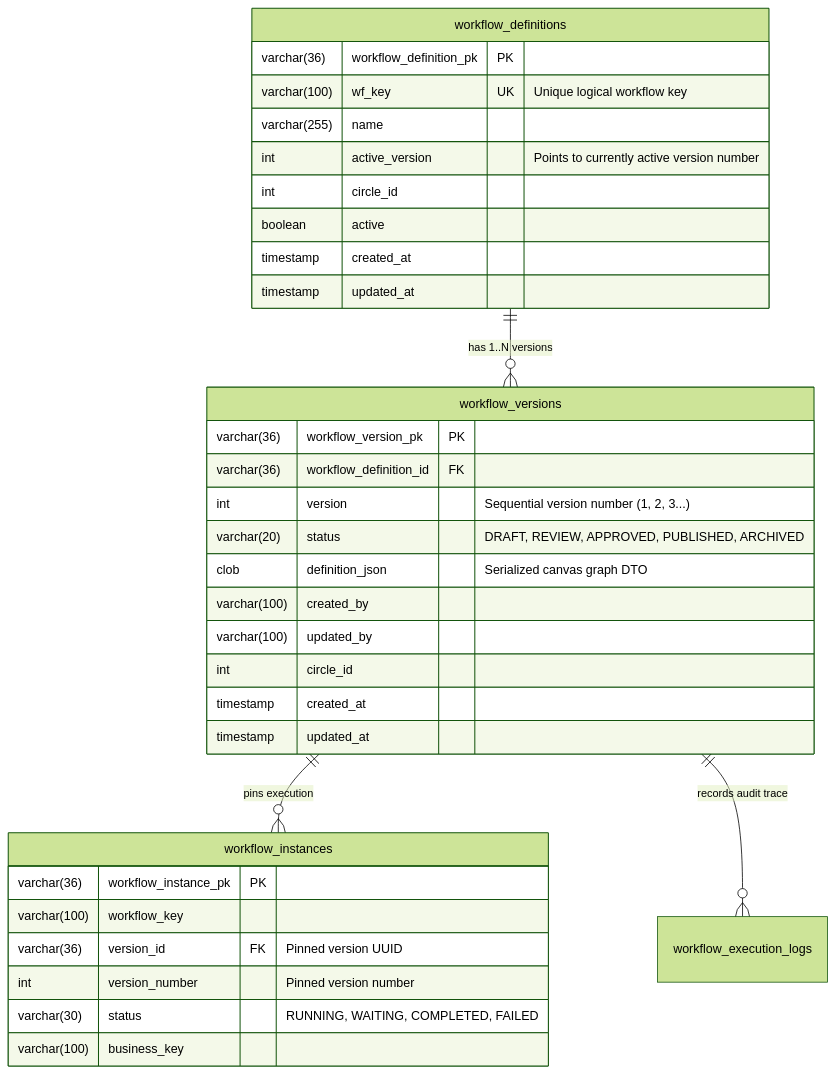
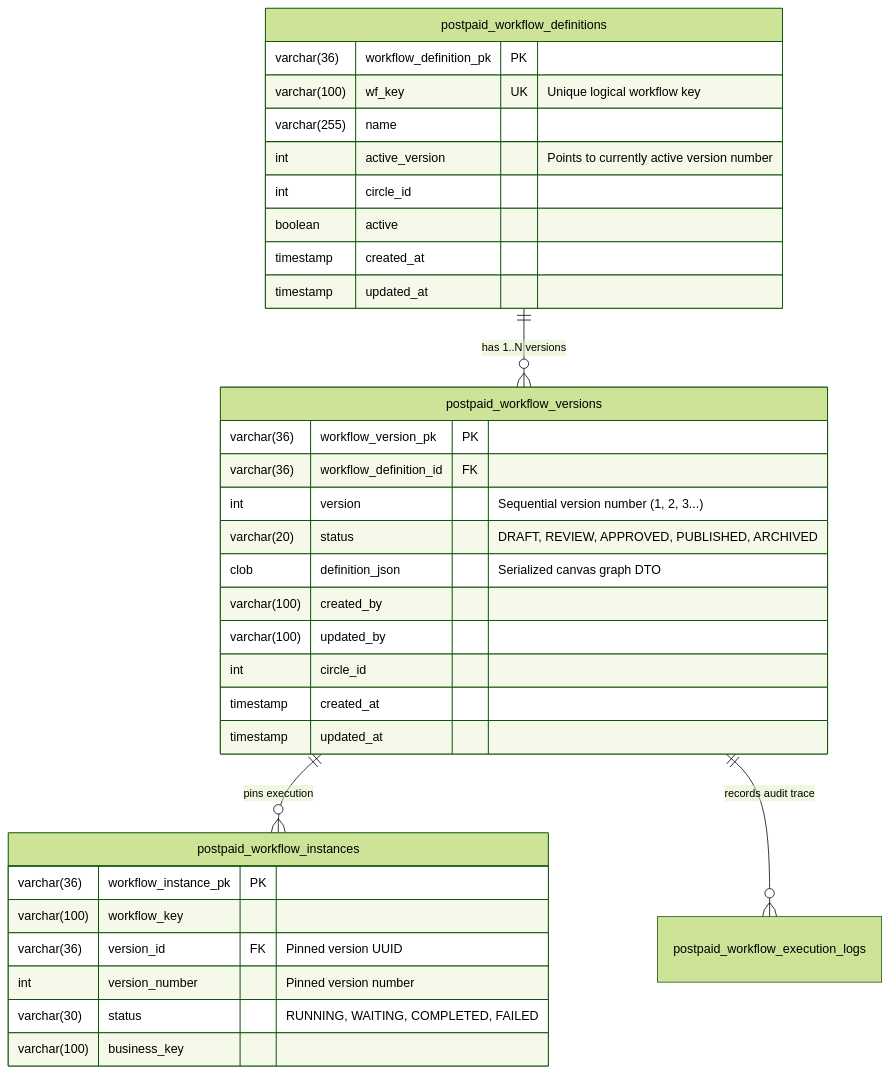
The first of 5 diagrams in workflow-version-management-guide.md (Alcatrez97/atlast_code), drawn with Mermaid (forest theme) before and after one commit. The commit also changed other lines of this file and 21 other files, not shown here.

Commit message:
feat(db): rename workflow tables to postpaid_workflow_ prefix, update DDL and verification scripts

````diff
--- a/workflow-version-management-guide.md
+++ b/workflow-version-management-guide.md
@@ -16,39 +16,39 @@
 ```mermaid
 erDiagram
-    workflow_definitions ||--o{ workflow_versions : "has 1..N versions"
-    workflow_versions ||--o{ workflow_instances : "pins execution"
-    workflow_versions ||--o{ workflow_execution_logs : "records audit trace"
+    postpaid_workflow_definitions ||--o{ postpaid_workflow_versions : "has 1..N versions"
+    postpaid_workflow_versions ||--o{ postpaid_workflow_instances : "pins execution"
+    postpaid_workflow_versions ||--o{ postpaid_workflow_execution_logs : "records audit trace"
 
-    workflow_definitions {
+    postpaid_workflow_definitions {
         varchar(36) workflow_definition_pk PK
         varchar(100) wf_key UK "Unique logical workflow key"
         varchar(255) name
         int active_version "Points to currently active version number"
         int circle_id
         boolean active
         timestamp created_at
         timestamp updated_at
     }
 
-    workflow_versions {
+    postpaid_workflow_versions {
         varchar(36) workflow_version_pk PK
         varchar(36) workflow_definition_id FK
         int version "Sequential version number (1, 2, 3...)"
         varchar(20) status "DRAFT, REVIEW, APPROVED, PUBLISHED, ARCHIVED"
         clob definition_json "Serialized canvas graph DTO"
         varchar(100) created_by
         varchar(100) updated_by
         int circle_id
         timestamp created_at
         timestamp updated_at
     }
 
-    workflow_instances {
+    postpaid_workflow_instances {
         varchar(36) workflow_instance_pk PK
         varchar(100) workflow_key
         varchar(36) version_id FK "Pinned version UUID"
         int version_number "Pinned version number"
         varchar(30) status "RUNNING, WAITING, COMPLETED, FAILED"
         varchar(100) business_key
     }
 ```
````
